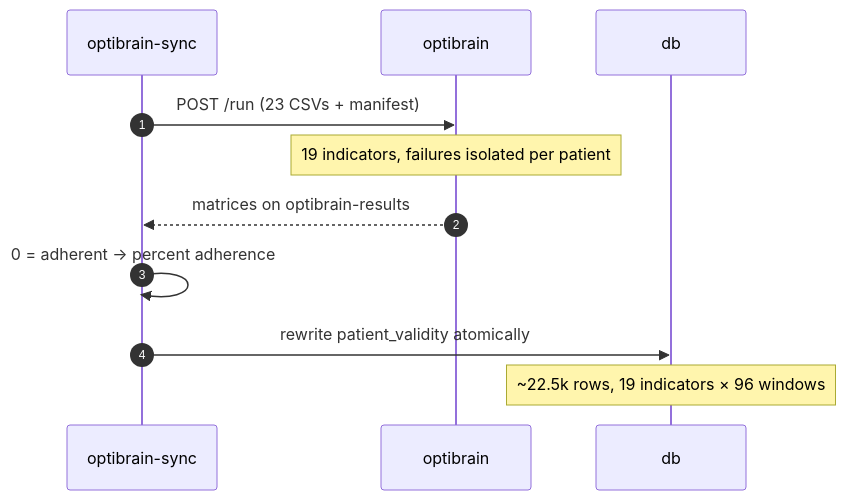
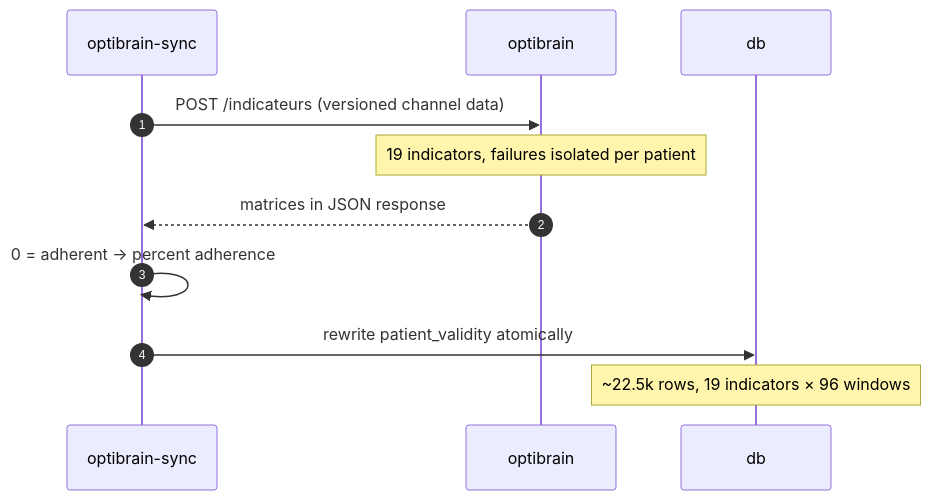
Before and after one commit to sadc-lab/MYPICU: the diagram in docs/services/optibrain.md, drawn with Mermaid. The commit also changed other lines of this file and 20 other files, not shown here.

````diff
--- a/docs/services/optibrain.md
+++ b/docs/services/optibrain.md
@@ -110,14 +101,14 @@
 ```{mermaid}
 sequenceDiagram
     autonumber
     participant W as optibrain-sync
     participant O as optibrain
     participant P as db
 
-    W->>O: POST /run (23 CSVs + manifest)
+    W->>O: POST /indicateurs (versioned channel data)
     Note over O: 19 indicators, failures isolated per patient
-    O-->>W: matrices on optibrain-results
+    O-->>W: matrices in JSON response
     W->>W: 0 = adherent → percent adherence
     W->>P: rewrite patient_validity atomically
     Note over P: ~22.5k rows, 19 indicators × 96 windows
 ```
````
